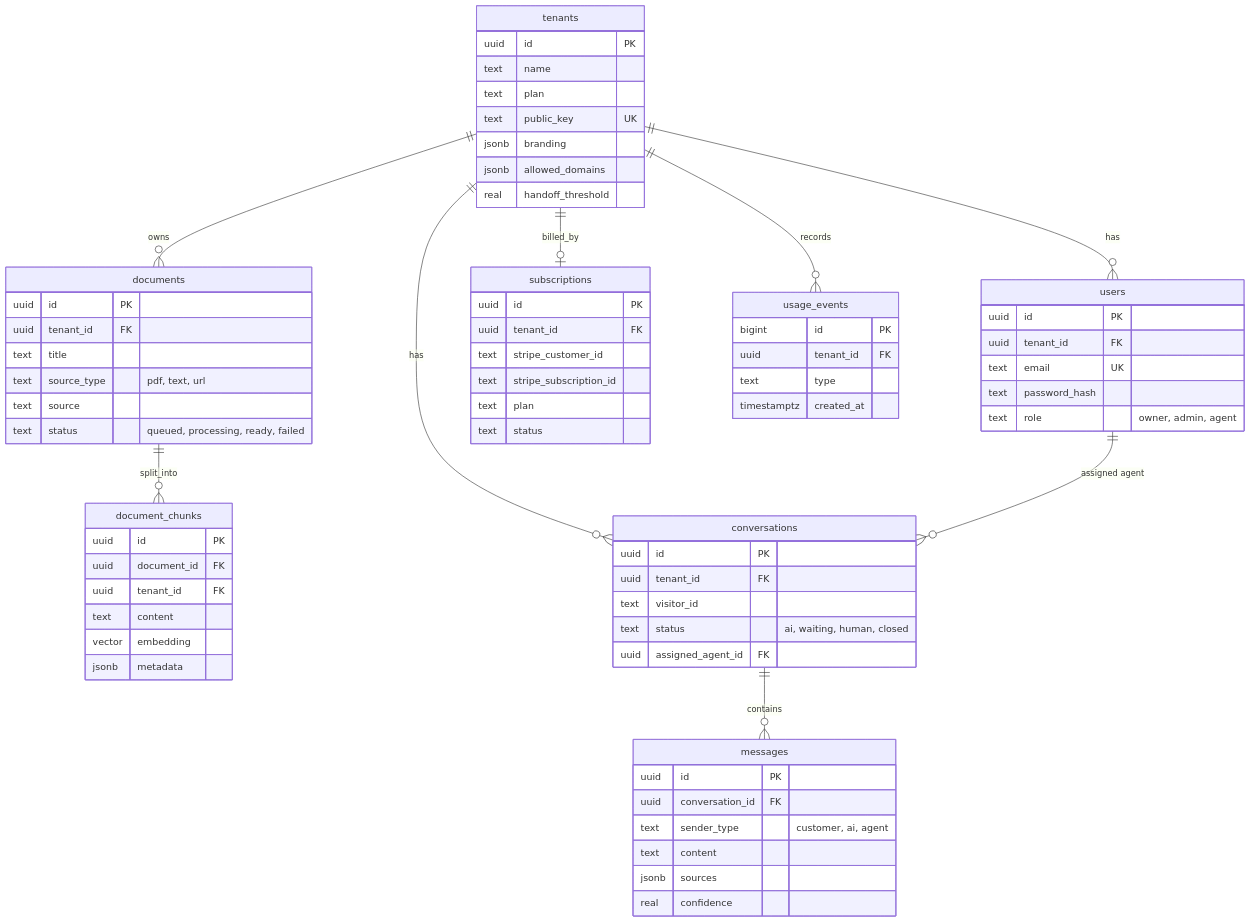
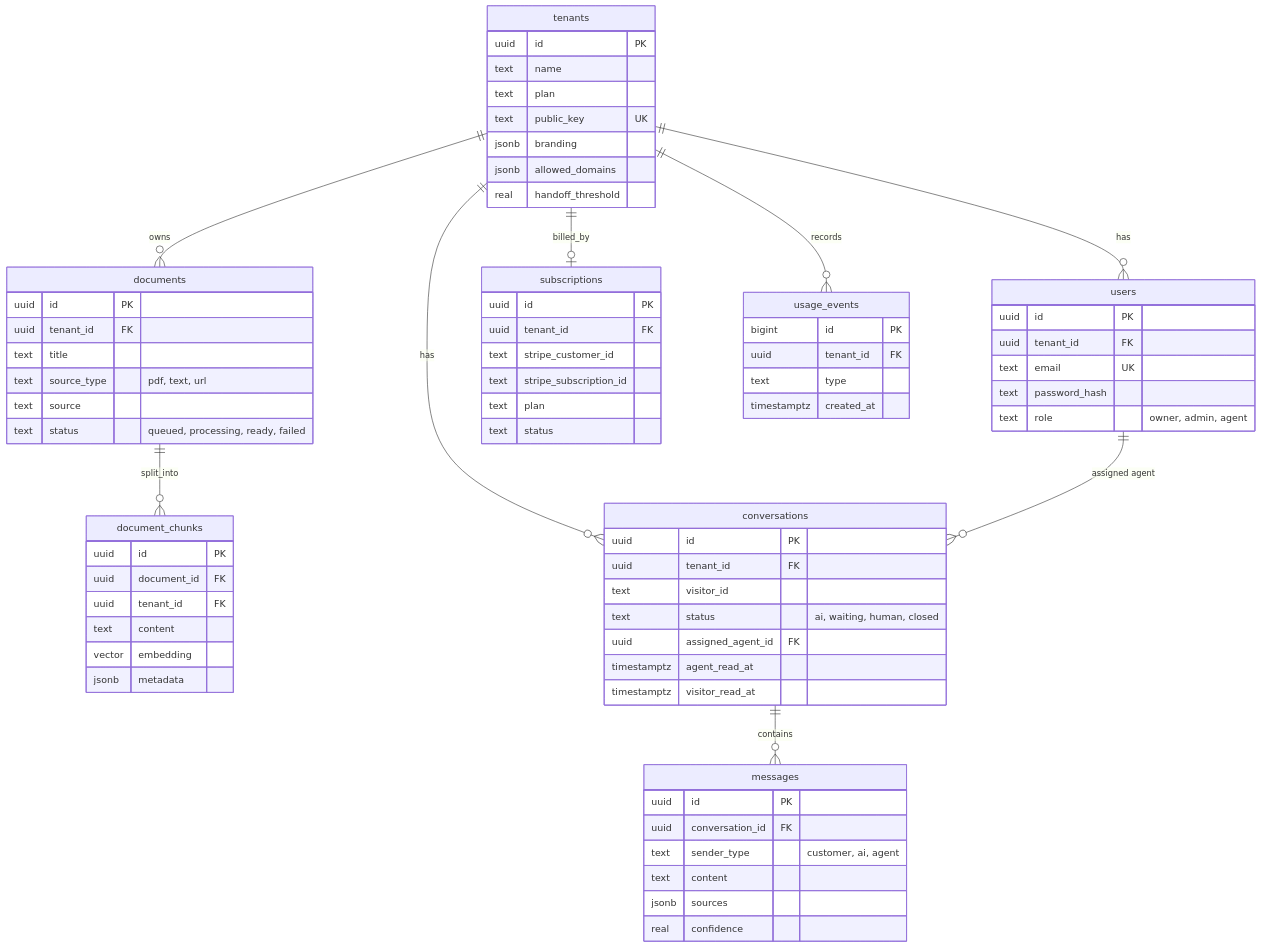
The fifth of 6 diagrams in docs/ARCHITECTURE.md (Akashsakhare123/supportpilot), drawn with Mermaid before and after one commit. The commit also changed other lines of this file and 33 other files, not shown here.

First line of the commit message:
feat: typing indicators, agent presence, paged history and read receipts (T11)

````diff
--- a/docs/ARCHITECTURE.md
+++ b/docs/ARCHITECTURE.md
@@ -146,73 +146,75 @@
 ```mermaid
 erDiagram
   tenants ||--o{ users : has
   tenants ||--o{ documents : owns
   documents ||--o{ document_chunks : split_into
   tenants ||--o{ conversations : has
   conversations ||--o{ messages : contains
   users ||--o{ conversations : "assigned agent"
   tenants ||--o| subscriptions : billed_by
   tenants ||--o{ usage_events : records
 
   tenants {
     uuid id PK
     text name
     text plan
     text public_key UK
     jsonb branding
     jsonb allowed_domains
     real handoff_threshold
   }
   users {
     uuid id PK
     uuid tenant_id FK
     text email UK
     text password_hash
     text role "owner, admin, agent"
   }
   documents {
     uuid id PK
     uuid tenant_id FK
     text title
     text source_type "pdf, text, url"
     text source
     text status "queued, processing, ready, failed"
   }
   document_chunks {
     uuid id PK
     uuid document_id FK
     uuid tenant_id FK
     text content
     vector embedding
     jsonb metadata
   }
   conversations {
     uuid id PK
     uuid tenant_id FK
     text visitor_id
     text status "ai, waiting, human, closed"
     uuid assigned_agent_id FK
+    timestamptz agent_read_at
+    timestamptz visitor_read_at
   }
   messages {
     uuid id PK
     uuid conversation_id FK
     text sender_type "customer, ai, agent"
     text content
     jsonb sources
     real confidence
   }
   subscriptions {
     uuid id PK
     uuid tenant_id FK
     text stripe_customer_id
     text stripe_subscription_id
     text plan
     text status
   }
   usage_events {
     bigint id PK
     uuid tenant_id FK
     text type
     timestamptz created_at
   }
 ```
````
